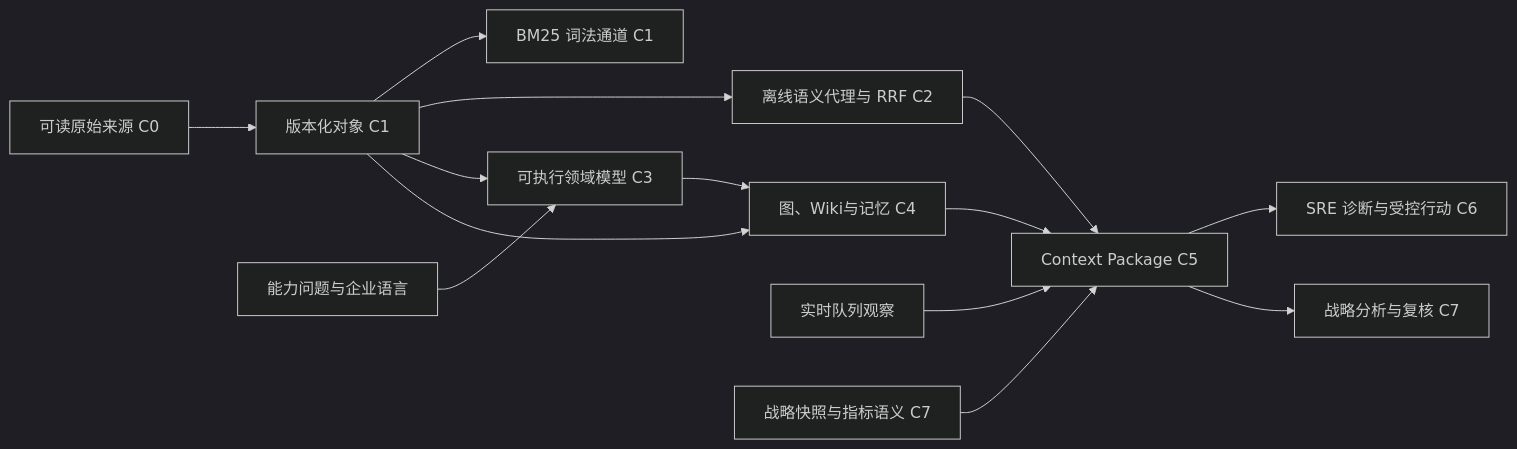
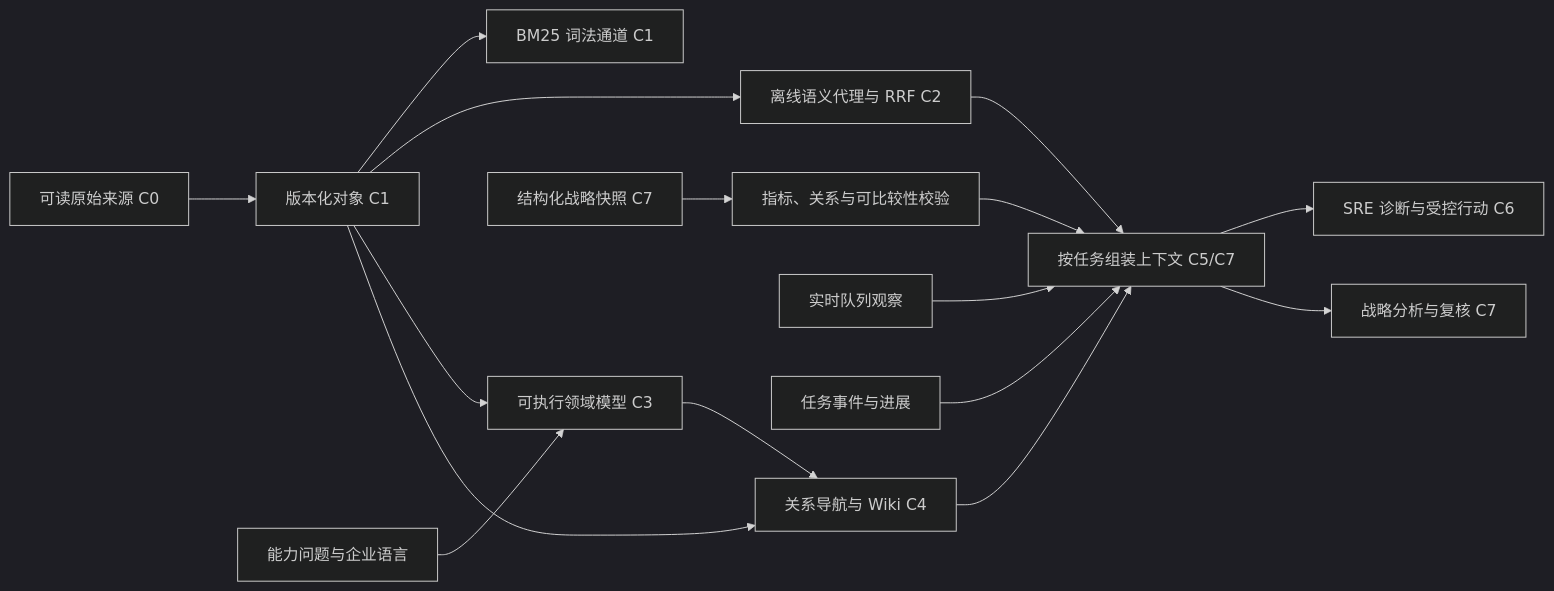
Before and after one commit to LENSHOOD/enterprise-context-book: the second of 2 diagrams in book/part-4/chapter-14.md, drawn with Mermaid (dark theme). The commit also changed other lines of this file and 19 other files, not shown here.

Commit message:
docs: align practical cases with enterprise context architecture (rc.20) (#22)

````diff
--- a/book/part-4/chapter-14.md
+++ b/book/part-4/chapter-14.md
@@ -108,16 +122,18 @@
 ```mermaid
 flowchart LR
   R[可读原始来源 C0] --> B[版本化对象 C1]
   B --> L[BM25 词法通道 C1]
   B --> S[离线语义代理与 RRF C2]
   Q[能力问题与企业语言] --> M[可执行领域模型 C3]
   B --> M
-  M --> G[图、Wiki与记忆 C4]
+  M --> G[关系导航与 Wiki C4]
   B --> G
-  S --> C[Context Package C5]
+  S --> C[按任务组装上下文 C5/C7]
   G --> C
   O[实时队列观察] --> C
-  E[战略快照与指标语义 C7] --> C
+  T[任务事件与进展] --> C
+  E[结构化战略快照 C7] --> V[指标、关系与可比较性校验]
+  V --> C
   C --> H[SRE 诊断与受控行动 C6]
   C --> A[战略分析与复核 C7]
 ```
````
